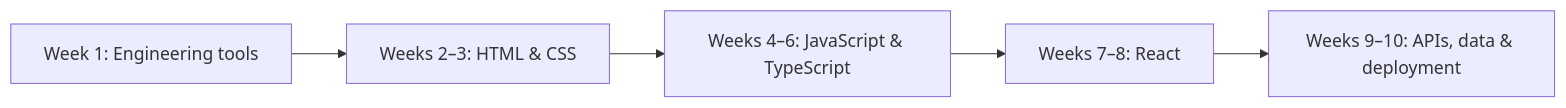
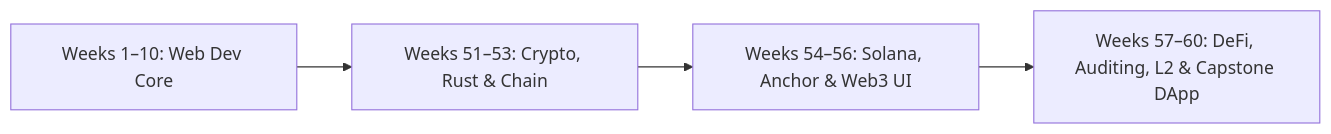
The diagram in ROADMAP.md (SahidGit/Complete-CS-Roadmap), drawn with Mermaid before and after one commit. The commit also changed other lines of this file and 22 other files, not shown here.

Commit message:
feat: complete Web3 extension reference manuals, Week-60 capstone, portfolio/career guides, and root indices

````diff
--- a/ROADMAP.md
+++ b/ROADMAP.md
@@ -5,7 +5,6 @@
 ```mermaid
 flowchart LR
-  A[Week 1: Engineering tools] --> B[Weeks 2–3: HTML & CSS]
-  B --> C[Weeks 4–6: JavaScript & TypeScript]
-  C --> D[Weeks 7–8: React]
-  D --> E[Weeks 9–10: APIs, data & deployment]
+  A[Weeks 1–10: Web Dev Core] --> B[Weeks 51–53: Crypto, Rust & Chain]
+  B --> C[Weeks 54–56: Solana, Anchor & Web3 UI]
+  C --> D[Weeks 57–60: DeFi, Auditing, L2 & Capstone DApp]
 ```
````
